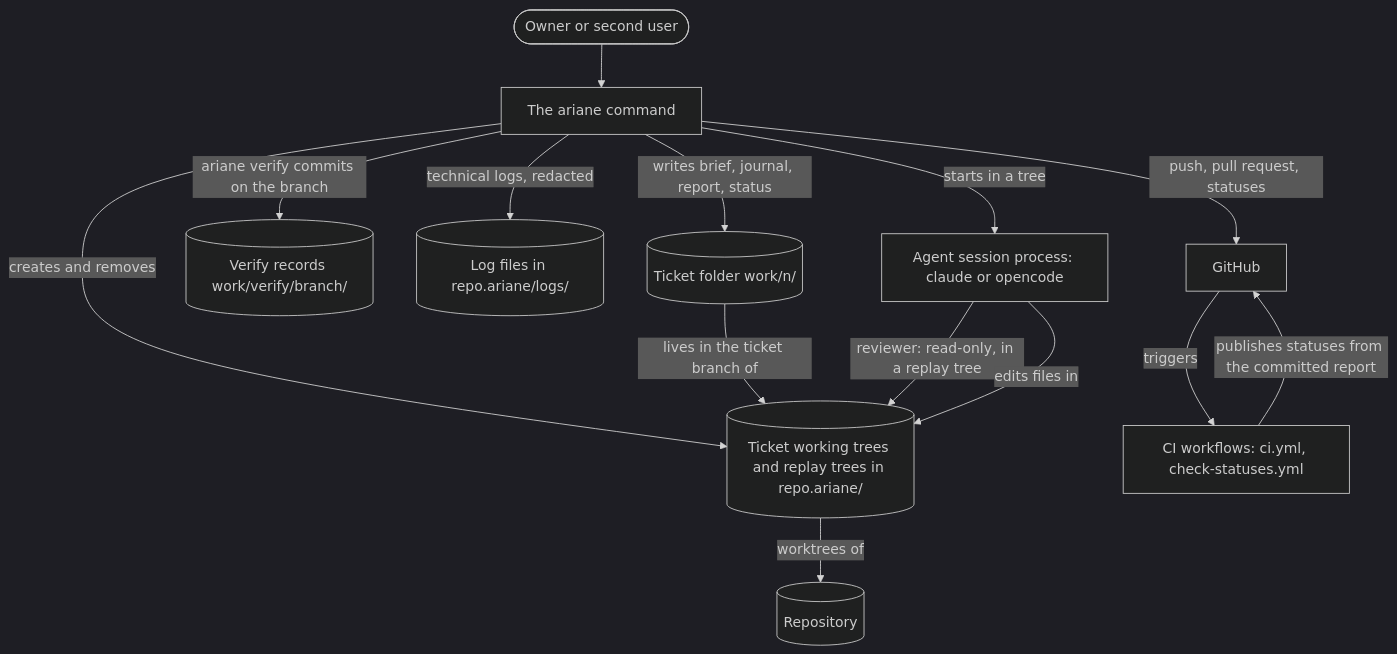
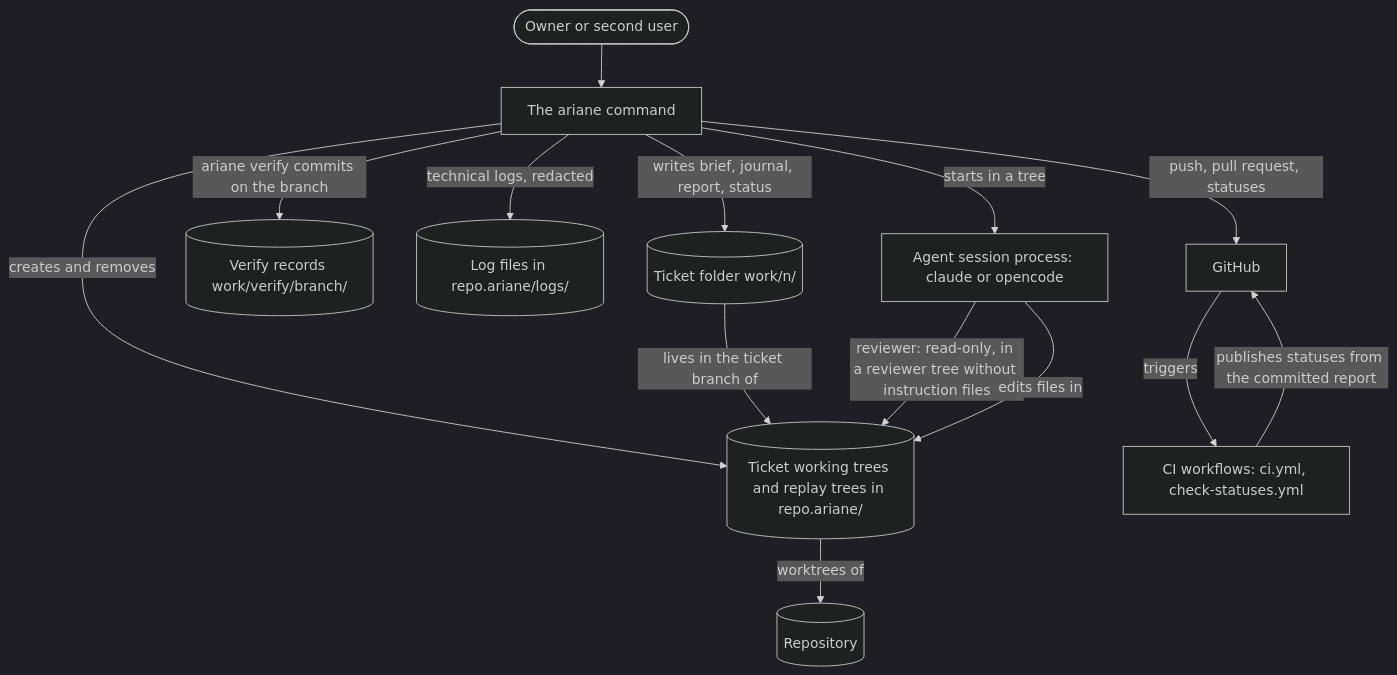
Before and after one commit to plaplanche/ariane: the diagram in docs/architecture/2-containers.md, drawn with Mermaid (dark theme). The commit also changed other lines of this file and 10 other files, not shown here.

````diff
--- a/docs/architecture/2-containers.md
+++ b/docs/architecture/2-containers.md
@@ -5,26 +5,26 @@
 ```mermaid
 flowchart TB
   user([Owner or second user])
   cmd[The ariane command]
   repo[(Repository)]
   trees[(Ticket working trees and replay trees in repo.ariane/)]
   folder[(Ticket folder work/n/)]
   verifyrec[(Verify records work/verify/branch/)]
   logs[(Log files in repo.ariane/logs/)]
   session[Agent session process: claude or opencode]
   ci[CI workflows: ci.yml, check-statuses.yml]
   github[GitHub]
   user --> cmd
   cmd -->|creates and removes| trees
   trees -->|worktrees of| repo
   cmd -->|writes brief, journal, report, status| folder
   folder -->|lives in the ticket branch of| trees
   cmd -->|starts in a tree| session
   cmd -->|ariane verify commits on the branch| verifyrec
   cmd -->|technical logs, redacted| logs
-  session -->|reviewer: read-only, in a replay tree| trees
+  session -->|reviewer: read-only, in a reviewer tree without instruction files| trees
   session -->|edits files in| trees
   cmd -->|push, pull request, statuses| github
   github -->|triggers| ci
   ci -->|publishes statuses from the committed report| github
 ```
````
